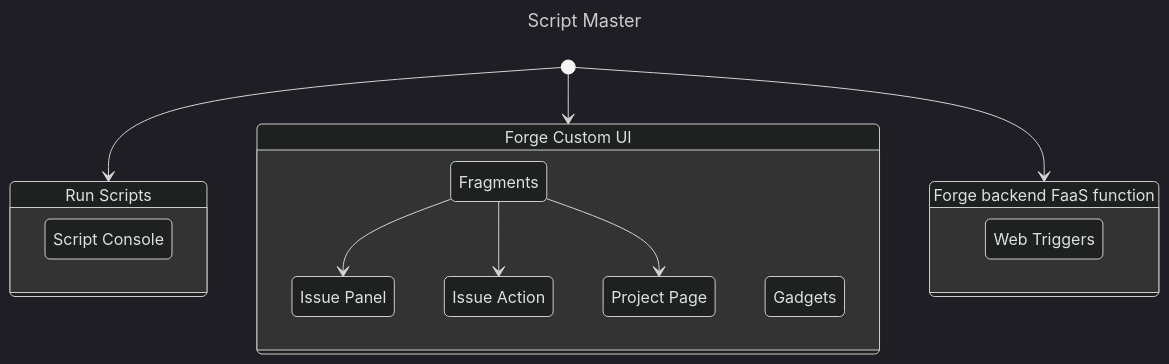
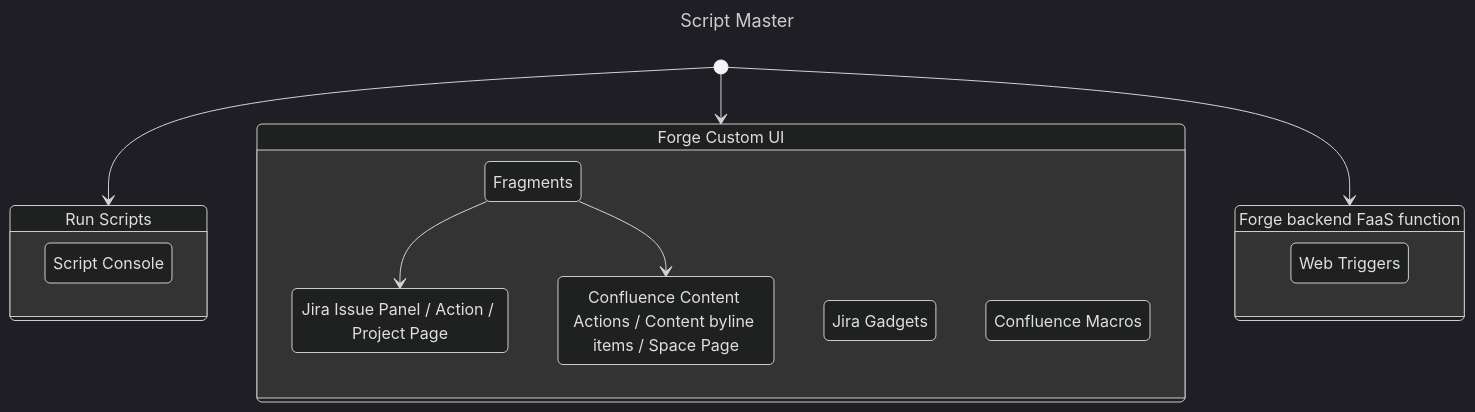
The diagram in docs/script-master/index.md (kaisersoftapps/docs), drawn with Mermaid (dark theme) before and after one commit. The commit also changed 25 other files, not shown here.

````diff
--- a/docs/script-master/index.md
+++ b/docs/script-master/index.md
@@ -70,31 +70,30 @@
 ```mermaid
 ---
 title: Script Master
 ---
 
 stateDiagram-v2
     [*] --> sc
     [*] --> cui
     [*] --> fif
 
     state "Run Scripts" as sc {
         sc1 : Script Console 
     }
     state "Forge Custom UI" as cui {
-        cui1 : Fragments
+        frag : Fragments
 
-        cui1 --> ip1
-        ip1 : Issue Panel
+        frag --> frag1
+        frag1 : Jira Issue Panel / Action / Project Page
 
-        cui1 --> ip2
-        ip2 : Issue Action
+        frag --> frag4
+        frag4 : Confluence Content Actions / Content byline items / Space Page
+       
+        gadg : Jira Gadgets
 
-        cui1 --> ip3
-        ip3 : Project Page
-       
-        cui2 : Gadgets
+        macro : Confluence Macros
     }
     state "Forge backend FaaS function" as fif {
         fif1 : Web Triggers
     }
 ```
````
